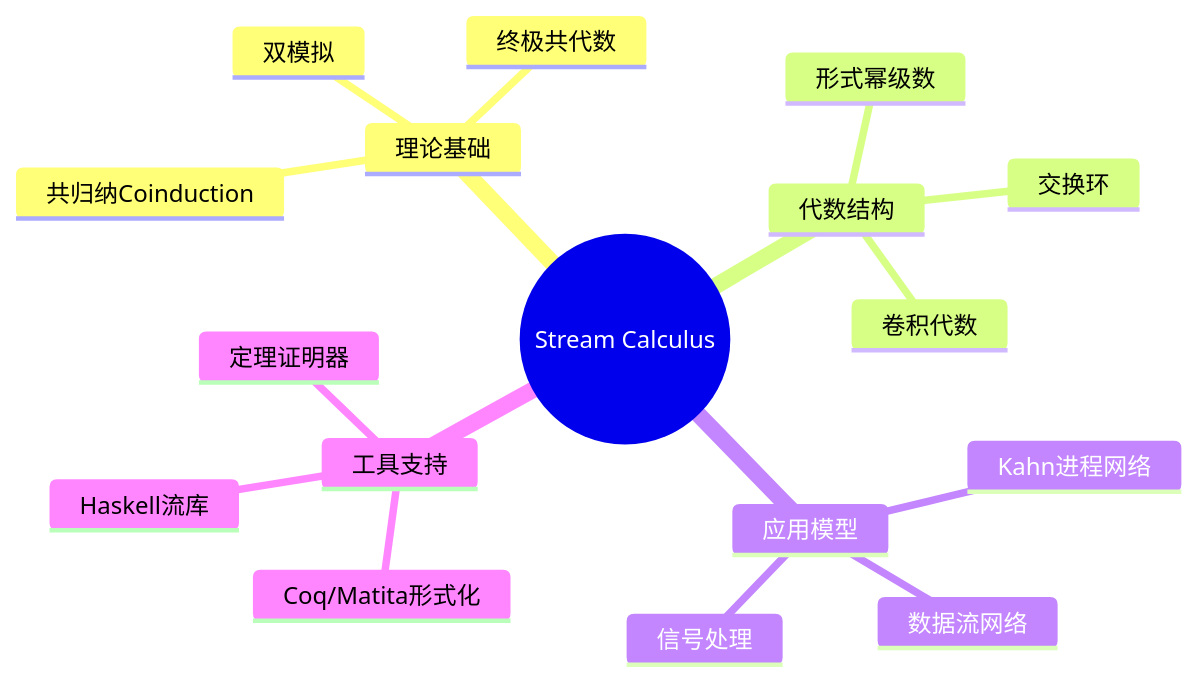
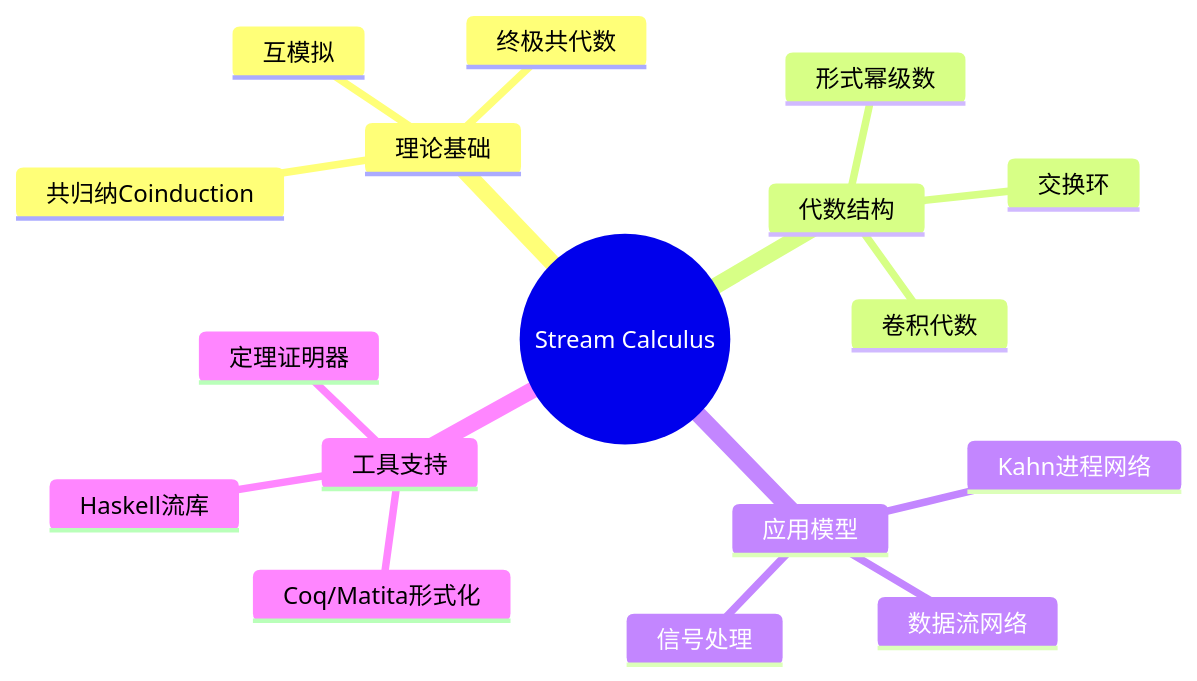
The fourth of 4 diagrams in formal-methods/02-calculi/03-stream-calculus/01-stream-calculus.md (AdaMartin18010/AnalysisDataFlow), drawn with Mermaid before and after one commit. The commit also changed other lines of this file and 129 other files, not shown here.

````diff
--- a/formal-methods/02-calculi/03-stream-calculus/01-stream-calculus.md
+++ b/formal-methods/02-calculi/03-stream-calculus/01-stream-calculus.md
@@ -448,20 +450,20 @@
 ```mermaid
 mindmap
   root((Stream Calculus))
     理论基础
       共归纳Coinduction
       终极共代数
-      双模拟
+      互模拟
     代数结构
       形式幂级数
       交换环
       卷积代数
     应用模型
       Kahn进程网络
       数据流网络
       信号处理
     工具支持
       Coq/Matita形式化
       Haskell流库
       定理证明器
 ```
````
